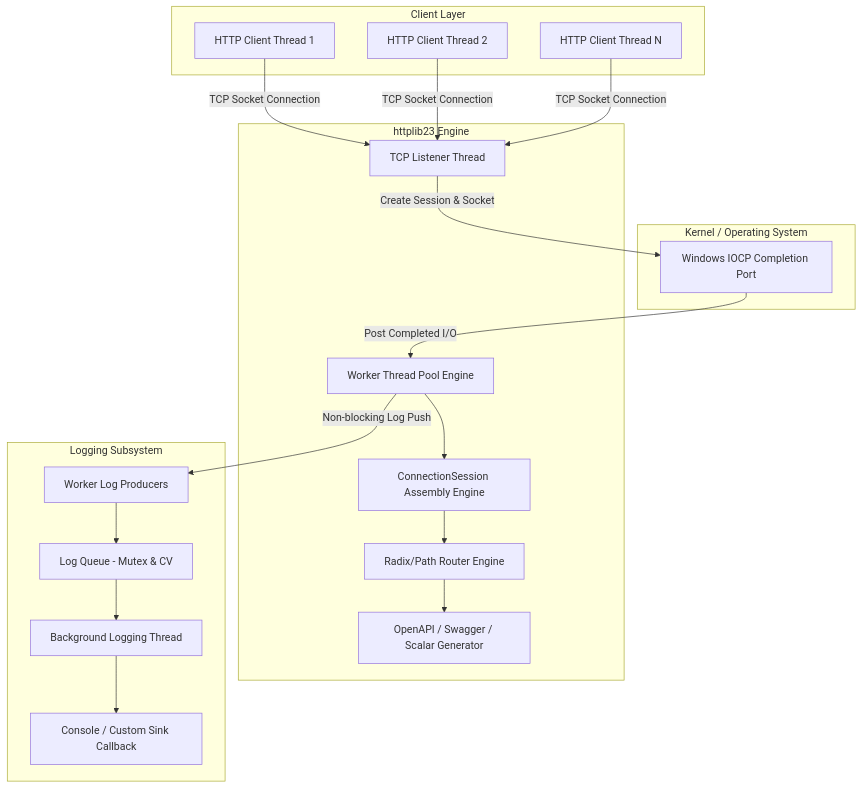
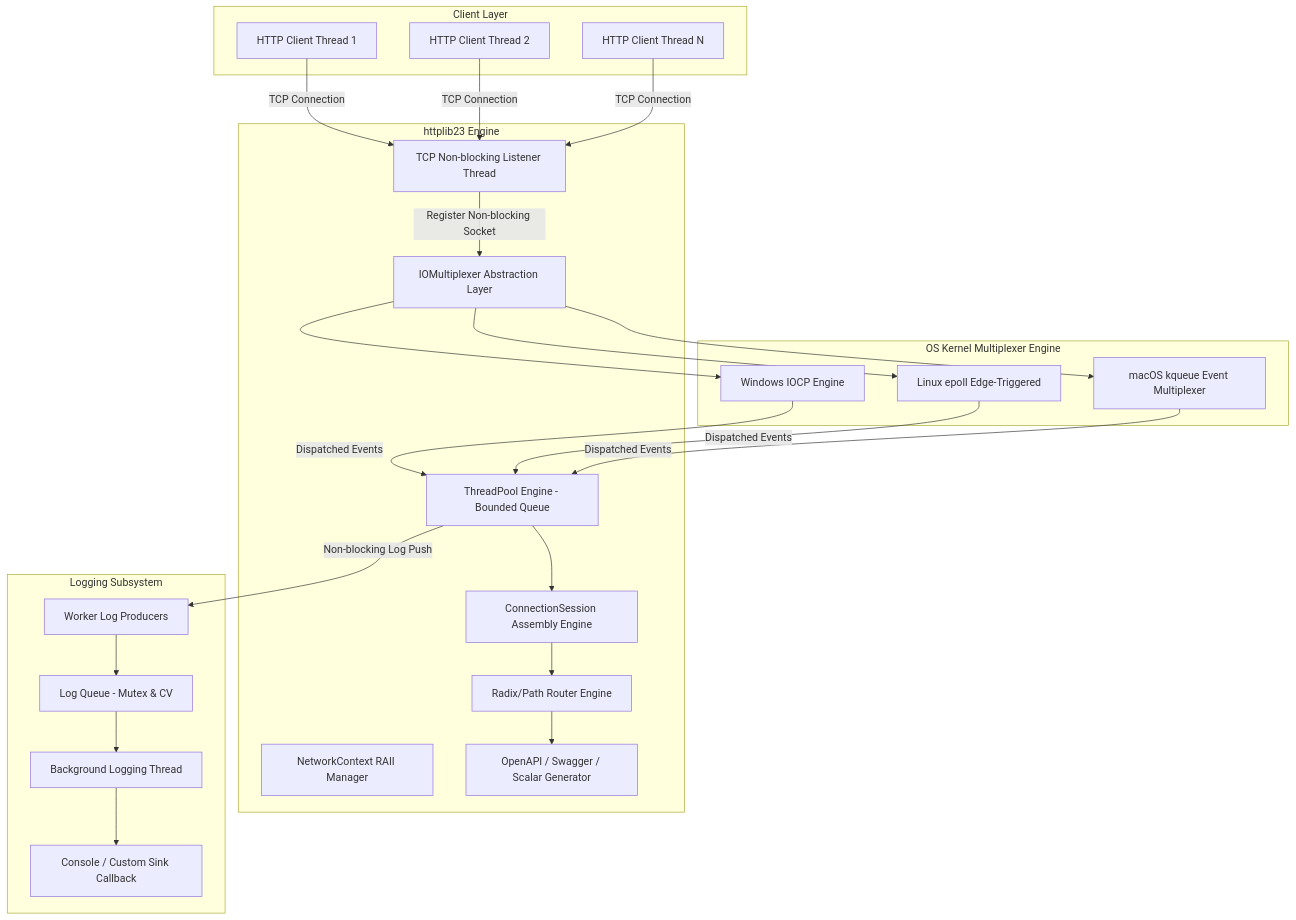
One commit to willy050209/HTTP_Server changed the diagram in docs/architecture.md. Above: the diagram before and after it, drawn with Mermaid. The commit also changed other lines of this file and 1 other file, not shown here.

Commit message:
docs: update cross-platform documentation (getting_started, architecture, README)

````diff
--- a/docs/architecture.md
+++ b/docs/architecture.md
@@ -9,39 +9,44 @@
 ```mermaid
 flowchart TD
     subgraph Client Layer
         C1[HTTP Client Thread 1]
         C2[HTTP Client Thread 2]
         CN[HTTP Client Thread N]
     end
 
-    subgraph Kernel / Operating System
-        IOCP[Windows IOCP Completion Port]
+    subgraph OS Kernel Multiplexer Engine
+        IOCP[Windows IOCP Engine]
+        EPOLL[Linux epoll Edge-Triggered]
+        KQUEUE[macOS kqueue Event Multiplexer]
     end
 
     subgraph httplib23 Engine
-        Listener[TCP Listener Thread]
-        WorkerPool[Worker Thread Pool Engine]
+        NetworkCtx[NetworkContext RAII Manager]
+        Listener[TCP Non-blocking Listener Thread]
+        Multiplexer[IOMultiplexer Abstraction Layer]
+        WorkerPool[ThreadPool Engine - Bounded Queue]
         SessionMgr[ConnectionSession Assembly Engine]
         Router[Radix/Path Router Engine]
         DocGen[OpenAPI / Swagger / Scalar Generator]
     end
 
     subgraph Logging Subsystem
         Producer[Worker Log Producers]
         Queue[Log Queue - Mutex & CV]
         Consumer[Background Logging Thread]
         Sink[Console / Custom Sink Callback]
     end
 
-    C1 & C2 & CN -->|TCP Socket Connection| Listener
-    Listener -->|Create Session & Socket| IOCP
-    IOCP -->|Post Completed I/O| WorkerPool
+    C1 & C2 & CN -->|TCP Connection| Listener
+    Listener -->|Register Non-blocking Socket| Multiplexer
+    Multiplexer --> IOCP & EPOLL & KQUEUE
+    IOCP & EPOLL & KQUEUE -->|Dispatched Events| WorkerPool
     WorkerPool --> SessionMgr
     SessionMgr --> Router
     Router --> DocGen
     
     WorkerPool -->|Non-blocking Log Push| Producer
     Producer --> Queue
     Queue --> Consumer
     Consumer --> Sink
 ```
````
